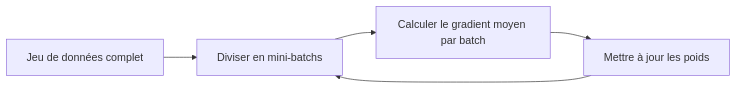
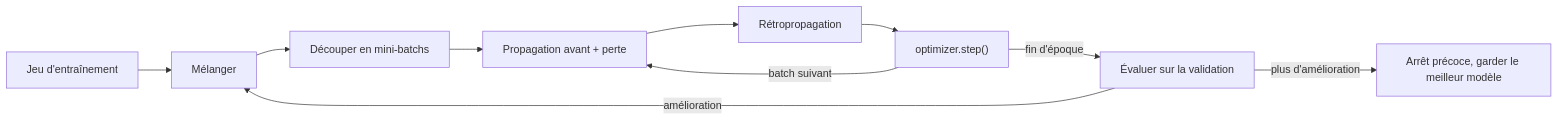
Before and after one commit to AureDulvresse/nyx: the diagram in content/courses/deep-learning/06-entrainement-gpu-batchs-regularisation.md, drawn with Mermaid. The commit also changed other lines of this file and 167 other files, not shown here.

````diff
--- a/content/courses/deep-learning/06-entrainement-gpu-batchs-regularisation.md
+++ b/content/courses/deep-learning/06-entrainement-gpu-batchs-regularisation.md
@@ -44,7 +102,12 @@
 ```mermaid
-graph LR
-    A[Jeu de données complet] --> B[Diviser en mini-batchs]
-    B --> C[Calculer le gradient moyen par batch]
-    C --> D[Mettre à jour les poids]
-    D --> B
+flowchart LR
+    A["Jeu d'entraînement"] --> B["Mélanger"]
+    B --> C["Découper en mini-batchs"]
+    C --> D["Propagation avant + perte"]
+    D --> E["Rétropropagation"]
+    E --> F["optimizer.step()"]
+    F -->|"batch suivant"| D
+    F -->|"fin d'époque"| G["Évaluer sur la validation"]
+    G -->|"amélioration"| B
+    G -->|"plus d'amélioration"| H["Arrêt précoce, garder le meilleur modèle"]
 ```
````
